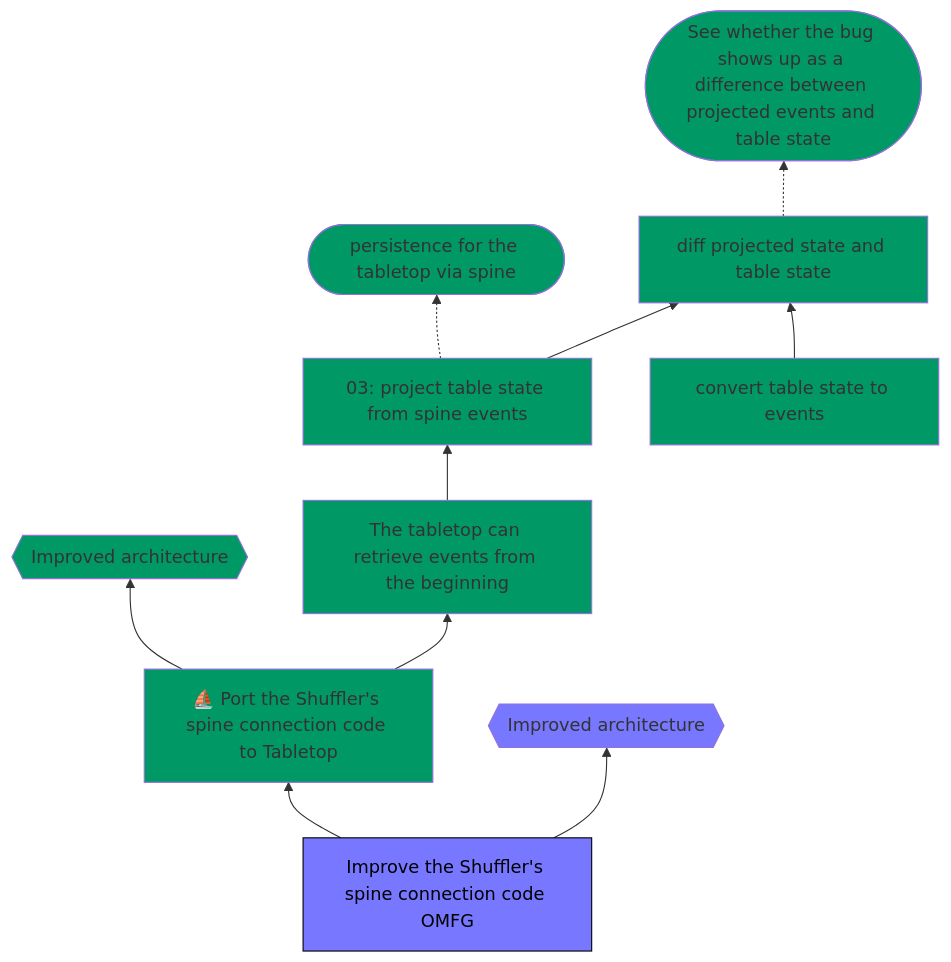
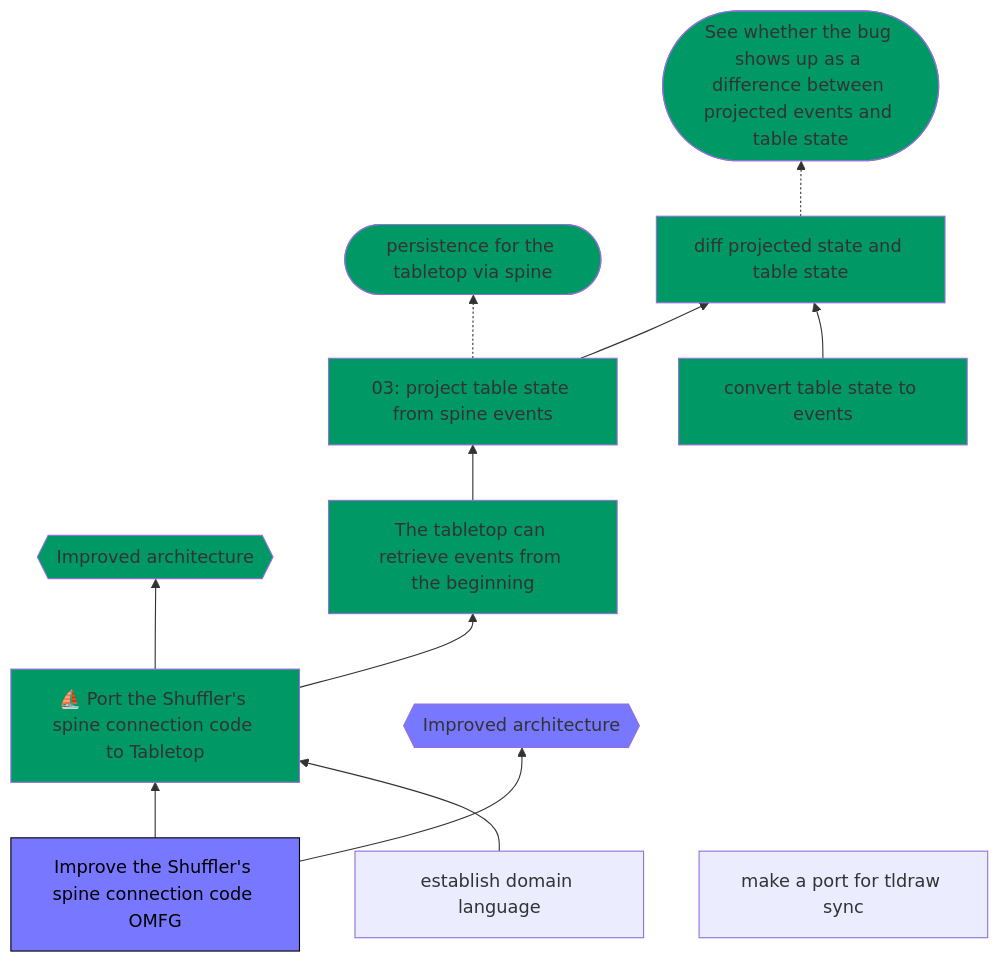
One commit to jessitron/mtg-deck-shuffler changed the diagram in .scratch/tabletop-persists-physical-events/map.mmd. Above: the diagram before and after it, drawn with Mermaid.

```diff
--- a/.scratch/tabletop-persists-physical-events/map.mmd
+++ b/.scratch/tabletop-persists-physical-events/map.mmd
@@ -1,29 +1,31 @@
 flowchart BT
    t1[⛵️ Port the Shuffler's spine connection code to Tabletop] --> joy1{{Improved architecture}}
    t1 --> t2[The tabletop can retrieve events from the beginning]
    t3[Improve the Shuffler's spine connection code OMFG] --> t1
    t3 --> joy2{{Improved architecture}}
    t2 --> t4[03: project table state from spine events]
    g1([See whether the bug shows up as a difference between projected events and table state])
    g2([persistence for the tabletop via spine])
    t5[diff projected state and table state]
    t4-->t5
    t6[convert table state to events] -->t5
    t5-.->g1
    t4 -.->g2
+   d1[establish domain language]-->t1
+   r1[make a port for tldraw sync]
 
 classDef tabletop fill:#009966
 classDef shuffler fill:#7777ff
 class joy1 tabletop;
 class t1 tabletop;
 class t2 tabletop;
 class t3 shuffler;
 class joy2 shuffler;
 class t4 tabletop;
 class t5 tabletop;
 class g1 tabletop;
 class g2 tabletop;
 class t6 tabletop;
 
 classDef complete color:#000000,stroke:#000000;
 class t3 complete;
```
